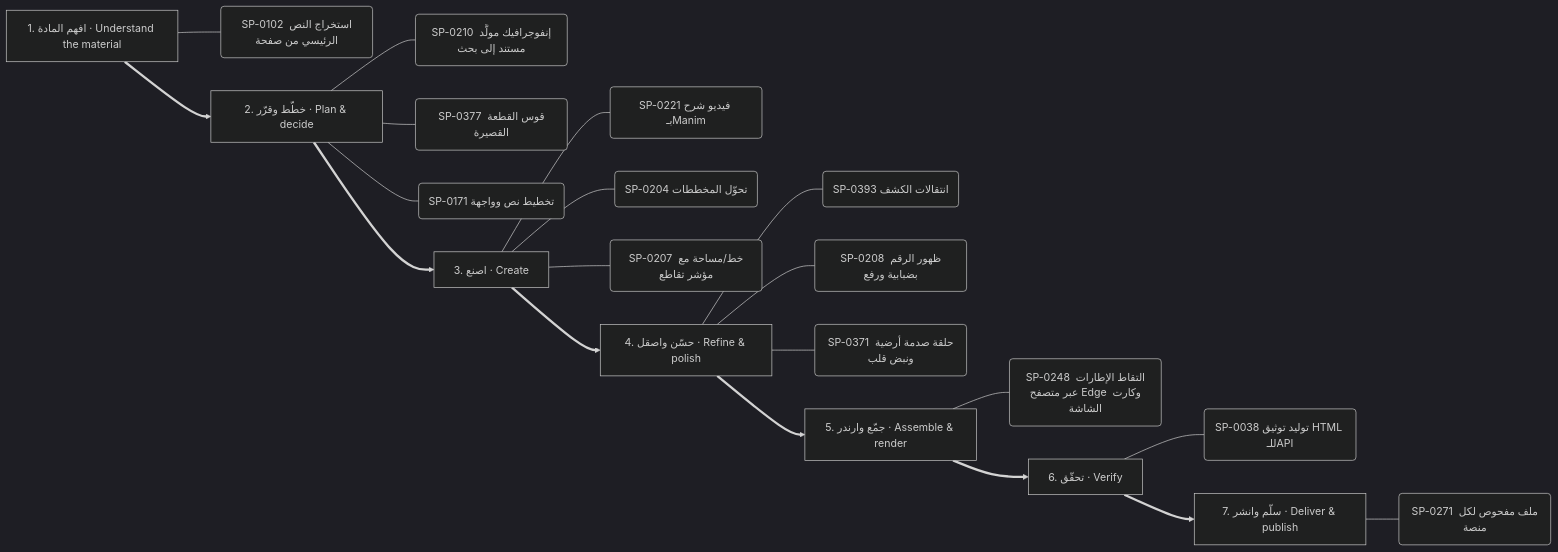
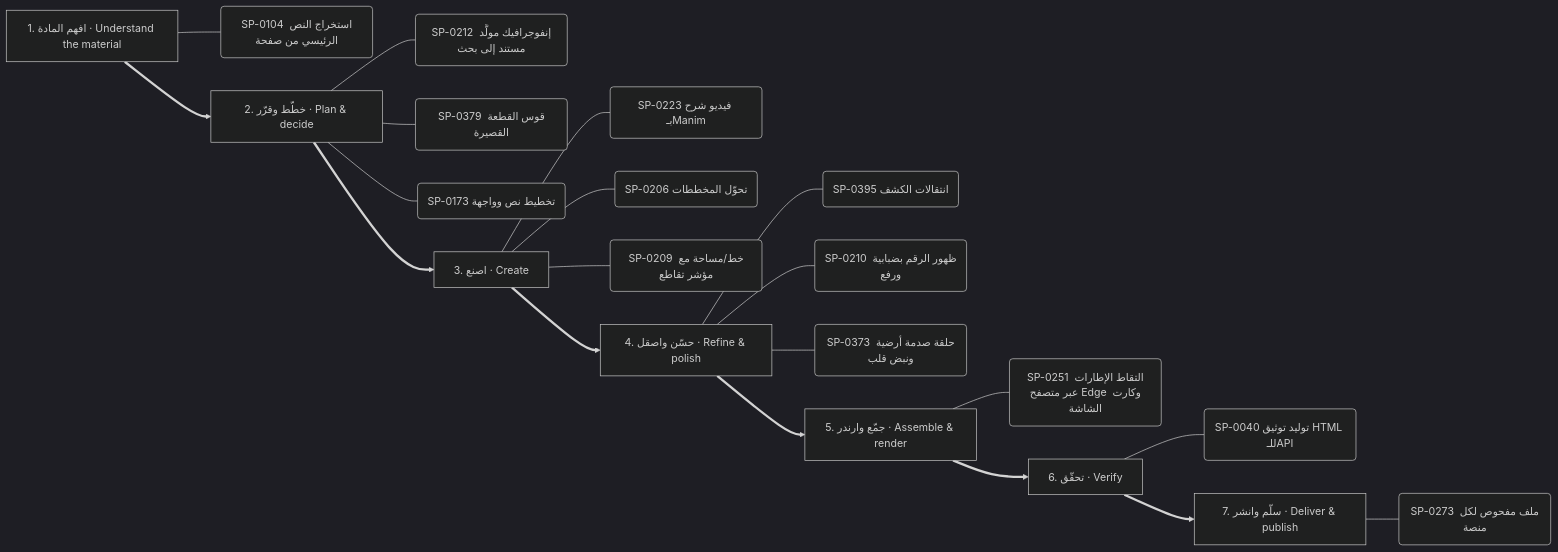
One commit to kosif199022-jpg/kosif-tool changed the fifth of 13 diagrams in .claude/skills/kosif-superpowers/references/capability-mindmap.md. Above: the diagram before and after it, drawn with Mermaid (dark theme). The commit also changed other lines of this file and 65 other files, not shown here.

````diff
--- a/.claude/skills/kosif-superpowers/references/capability-mindmap.md
+++ b/.claude/skills/kosif-superpowers/references/capability-mindmap.md
@@ -271,29 +271,29 @@
 ```mermaid
 flowchart LR
   S0["1. افهم المادة · Understand the material"]
-  S0 --- S0_0("SP-0102 استخراج النص الرئيسي من صفحة")
+  S0 --- S0_0("SP-0104 استخراج النص الرئيسي من صفحة")
   S1["2. خطّط وقرّر · Plan & decide"]
-  S1 --- S1_0("SP-0210 إنفوجرافيك مولَّد مستند إلى بحث")
-  S1 --- S1_1("SP-0377 قوس القطعة القصيرة")
-  S1 --- S1_2("SP-0171 تخطيط نص وواجهة")
+  S1 --- S1_0("SP-0212 إنفوجرافيك مولَّد مستند إلى بحث")
+  S1 --- S1_1("SP-0379 قوس القطعة القصيرة")
+  S1 --- S1_2("SP-0173 تخطيط نص وواجهة")
   S0 ==> S1
   S2["3. اصنع · Create"]
-  S2 --- S2_0("SP-0221 فيديو شرح بـManim")
-  S2 --- S2_1("SP-0204 تحوّل المخططات")
-  S2 --- S2_2("SP-0207 خط/مساحة مع مؤشر تقاطع")
+  S2 --- S2_0("SP-0223 فيديو شرح بـManim")
+  S2 --- S2_1("SP-0206 تحوّل المخططات")
+  S2 --- S2_2("SP-0209 خط/مساحة مع مؤشر تقاطع")
   S1 ==> S2
   S3["4. حسّن واصقل · Refine & polish"]
-  S3 --- S3_0("SP-0393 انتقالات الكشف")
-  S3 --- S3_1("SP-0208 ظهور الرقم بضبابية ورفع")
-  S3 --- S3_2("SP-0371 حلقة صدمة أرضية ونبض قلب")
+  S3 --- S3_0("SP-0395 انتقالات الكشف")
+  S3 --- S3_1("SP-0210 ظهور الرقم بضبابية ورفع")
+  S3 --- S3_2("SP-0373 حلقة صدمة أرضية ونبض قلب")
   S2 ==> S3
   S4["5. جمّع وارندر · Assemble & render"]
-  S4 --- S4_0("SP-0248 التقاط الإطارات عبر متصفح Edge وكارت الشاشة")
+  S4 --- S4_0("SP-0251 التقاط الإطارات عبر متصفح Edge وكارت الشاشة")
   S3 ==> S4
   S5["6. تحقّق · Verify"]
-  S5 --- S5_0("SP-0038 توليد توثيق HTML للـAPI")
+  S5 --- S5_0("SP-0040 توليد توثيق HTML للـAPI")
   S4 ==> S5
   S6["7. سلّم وانشر · Deliver & publish"]
-  S6 --- S6_0("SP-0271 ملف مفحوص لكل منصة")
+  S6 --- S6_0("SP-0273 ملف مفحوص لكل منصة")
   S5 ==> S6
 ```
````
